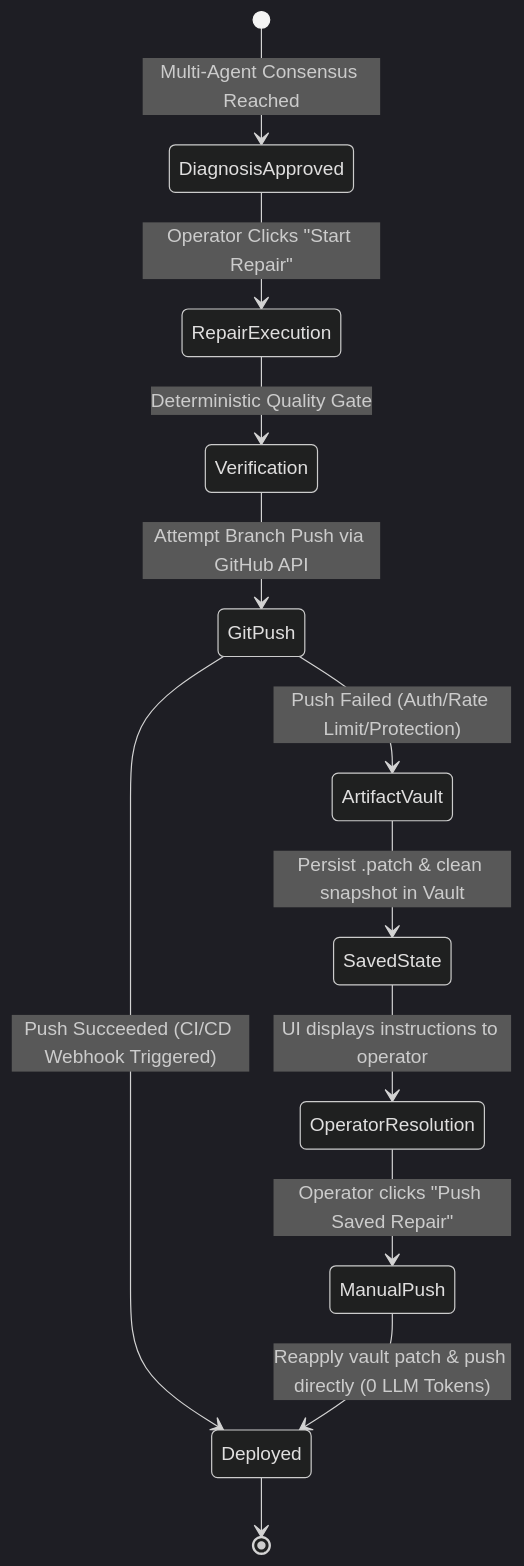
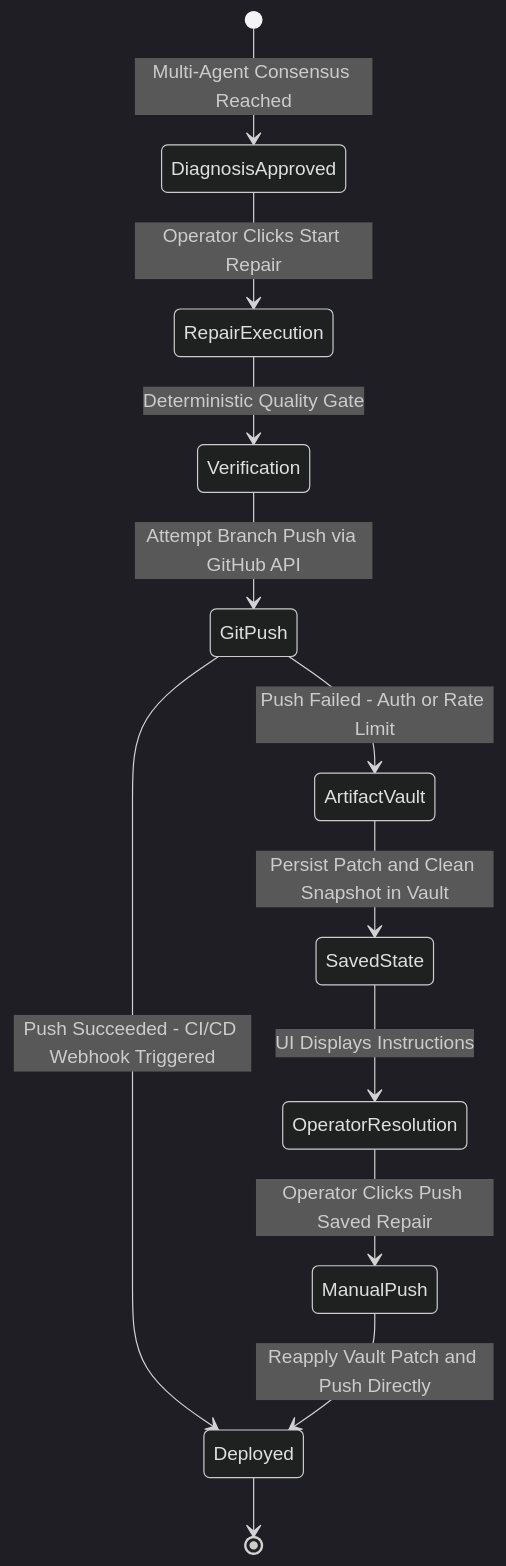
Before and after one commit to kajaredhruv433/VectoraFix: the fifth of 5 diagrams in README.md, drawn with Mermaid (dark theme). The commit also changed other lines of this file and 3 other files, not shown here.

Commit message:
docs: fix Mermaid diagram syntax errors for GitHub rendering

````diff
--- a/README.md
+++ b/README.md
@@ -281,16 +282,16 @@
 ```mermaid
 stateDiagram-v2
     [*] --> DiagnosisApproved: Multi-Agent Consensus Reached
-    DiagnosisApproved --> RepairExecution: Operator Clicks "Start Repair"
+    DiagnosisApproved --> RepairExecution: Operator Clicks Start Repair
     RepairExecution --> Verification: Deterministic Quality Gate
     Verification --> GitPush: Attempt Branch Push via GitHub API
     
-    GitPush --> Deployed: Push Succeeded (CI/CD Webhook Triggered)
+    GitPush --> Deployed: Push Succeeded - CI/CD Webhook Triggered
     Deployed --> [*]
 
-    GitPush --> ArtifactVault: Push Failed (Auth/Rate Limit/Protection)
-    ArtifactVault --> SavedState: Persist .patch & clean snapshot in Vault
-    SavedState --> OperatorResolution: UI displays instructions to operator
-    OperatorResolution --> ManualPush: Operator clicks "Push Saved Repair"
-    ManualPush --> Deployed: Reapply vault patch & push directly (0 LLM Tokens)
+    GitPush --> ArtifactVault: Push Failed - Auth or Rate Limit
+    ArtifactVault --> SavedState: Persist Patch and Clean Snapshot in Vault
+    SavedState --> OperatorResolution: UI Displays Instructions
+    OperatorResolution --> ManualPush: Operator Clicks Push Saved Repair
+    ManualPush --> Deployed: Reapply Vault Patch and Push Directly
 ```
````
